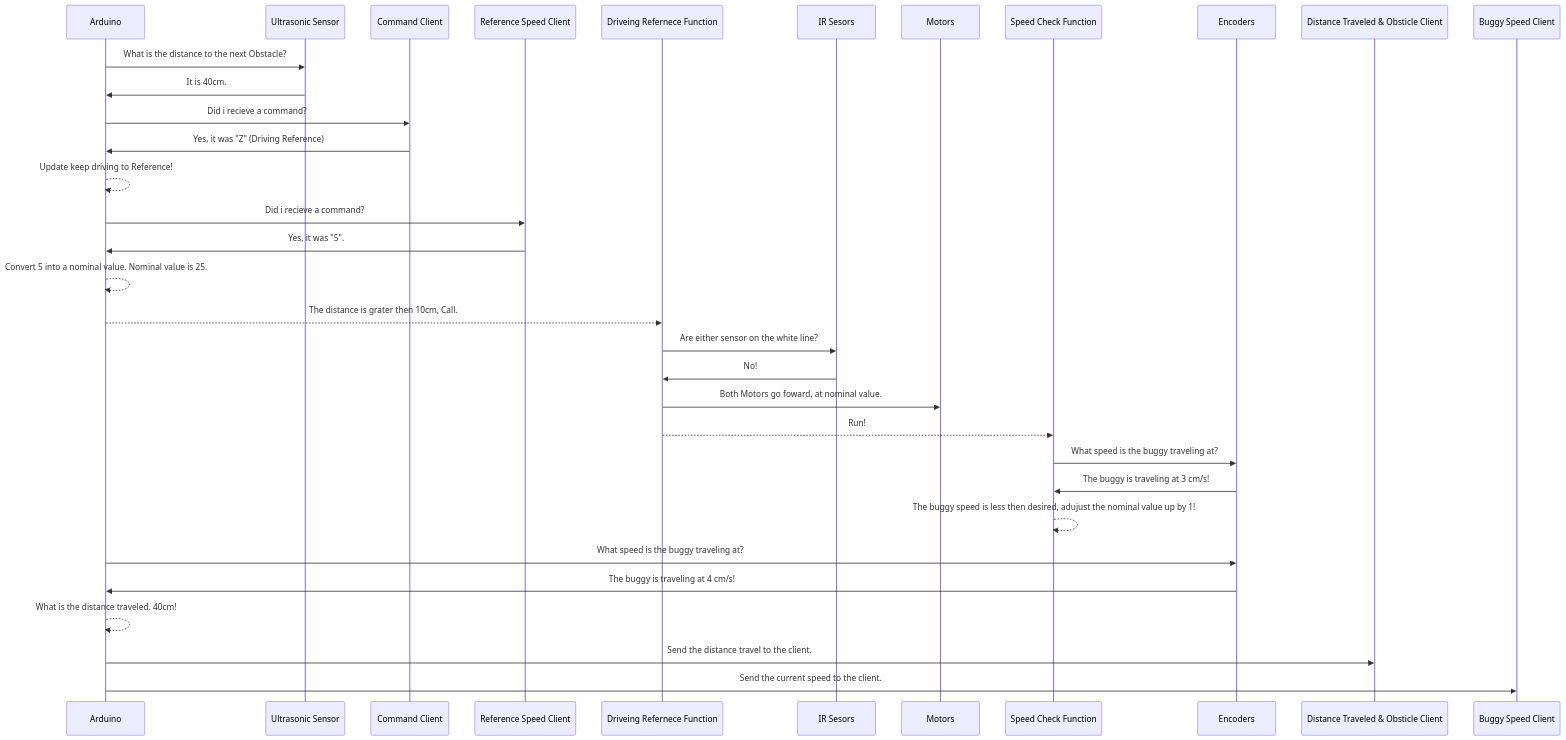
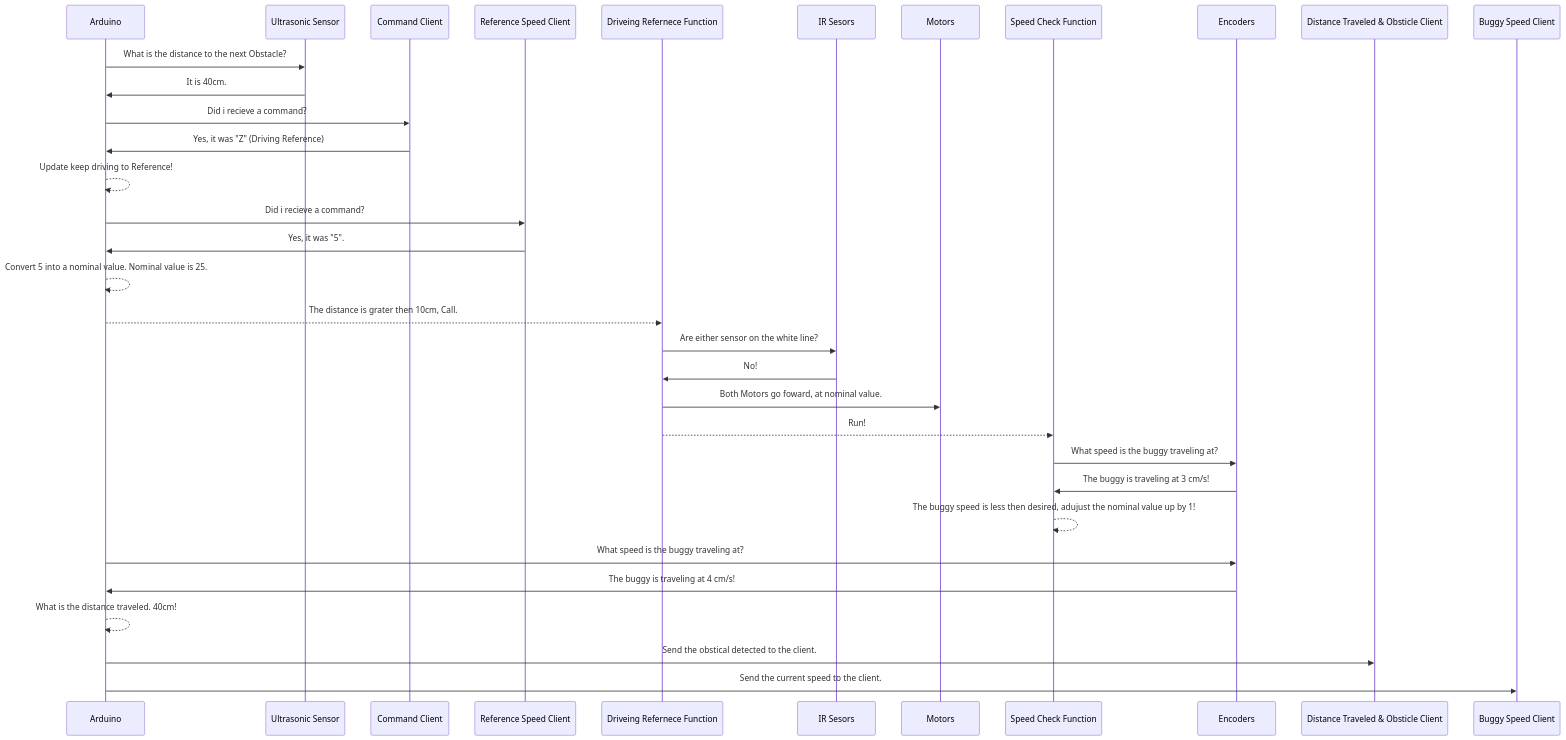
Before and after one commit to Reuben-Colman/2E10_BuggyCodeBase: the first of 10 diagrams in Silver Code/SilverSequenceDiagrams.md, drawn with Mermaid. The commit also changed other lines of this file and 1 other file, not shown here.

Commit message:
Sequence Diagrams

````diff
--- a/Silver Code/SilverSequenceDiagrams.md
+++ b/Silver Code/SilverSequenceDiagrams.md
@@ -2,24 +2,24 @@
 ```mermaid
 sequenceDiagram
   Arduino ->> Ultrasonic Sensor: What is the distance to the next Obstacle?
   Ultrasonic Sensor ->> Arduino: It is 40cm.
   Arduino ->> Command Client: Did i recieve a command?
   Command Client ->> Arduino: Yes, it was "Z" (Driving Reference)
   Arduino -->> Arduino: Update keep driving to Reference!
   Arduino ->> Reference Speed Client: Did i recieve a command?
   Reference Speed Client ->> Arduino: Yes, it was "5".
   Arduino -->> Arduino: Convert 5 into a nominal value. Nominal value is 25.
   Arduino -->> Driveing Refernece Function: The distance is grater then 10cm, Call.
   Driveing Refernece Function ->> IR Sesors: Are either sensor on the white line?
   IR Sesors ->> Driveing Refernece Function: No!
   Driveing Refernece Function ->> Motors: Both Motors go foward, at nominal value.
   Driveing Refernece Function -->> Speed Check Function: Run!
   Speed Check Function ->> Encoders: What speed is the buggy traveling at?
   Encoders ->> Speed Check Function: The buggy is traveling at 3 cm/s!
   Speed Check Function -->> Speed Check Function: The buggy speed is less then desired, adujust the nominal value up by 1!
   Arduino ->> Encoders: What speed is the buggy traveling at?
   Encoders ->> Arduino: The buggy is traveling at 4 cm/s!
   Arduino -->> Arduino: What is the distance traveled. 40cm!
-  Arduino ->> Distance Traveled & Obsticle Client: Send the distance travel to the client.
+  Arduino ->> Distance Traveled & Obsticle Client: Send the obstical detected to the client.
   Arduino ->> Buggy Speed Client: Send the current speed to the client.
 ```
````
